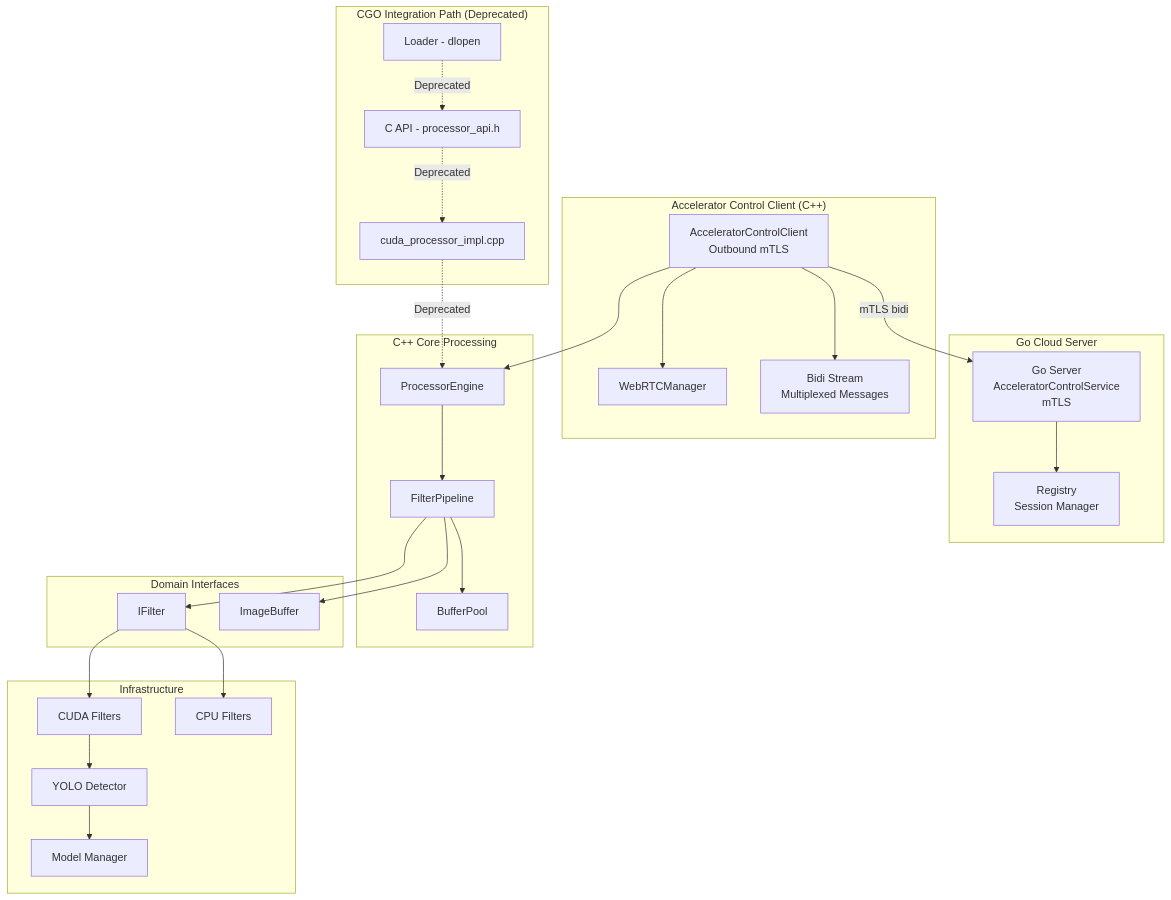
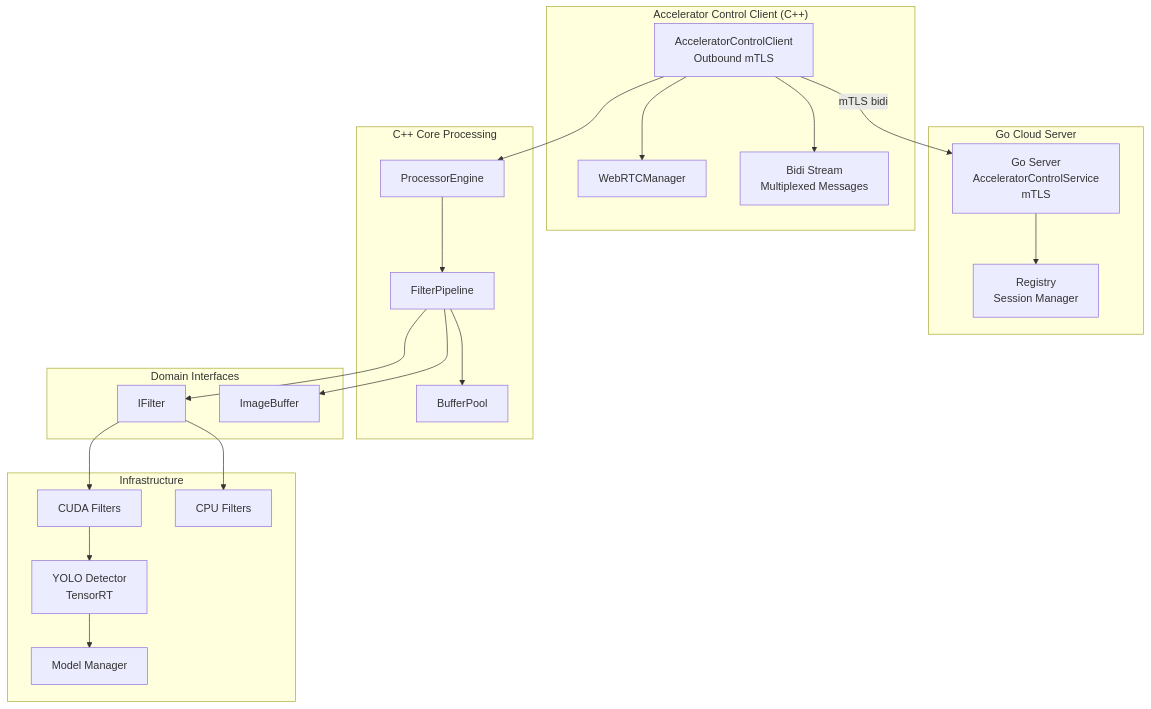
One commit to josnelihurt/learning-cuda changed the first of 4 diagrams in src/cpp_accelerator/README.md. Above: the diagram before and after it, drawn with Mermaid. The commit also changed other lines of this file, not shown here.

````diff
--- a/src/cpp_accelerator/README.md
+++ b/src/cpp_accelerator/README.md
@@ -35,57 +31,47 @@
 ```mermaid
 graph TB
     subgraph "Go Cloud Server"
         GoServer[Go Server<br/>AcceleratorControlService<br/>mTLS]
         Registry[Registry<br/>Session Manager]
     end
-    
-    subgraph "CGO Integration Path (Deprecated)"
-        Loader[Loader - dlopen]
-        CAPI[C API - processor_api.h]
-        SharedLibImpl[cuda_processor_impl.cpp]
-    end
-    
+
     subgraph "Accelerator Control Client (C++)"
         AccelClient[AcceleratorControlClient<br/>Outbound mTLS]
         WebRTCMgr[WebRTCManager]
         BidiStream[Bidi Stream<br/>Multiplexed Messages]
     end
-    
+
     subgraph "C++ Core Processing"
         ProcessorEngine[ProcessorEngine]
         FilterPipeline[FilterPipeline]
         BufferPool[BufferPool]
     end
-    
+
     subgraph "Domain Interfaces"
         IFilter[IFilter]
         ImageBuffer[ImageBuffer]
     end
-    
+
     subgraph "Infrastructure"
         CudaFilters[CUDA Filters]
         CpuFilters[CPU Filters]
-        YOLODetector[YOLO Detector]
+        YOLODetector[YOLO Detector<br/>TensorRT]
         ModelManager[Model Manager]
     end
-    
+
     GoServer --> Registry
-    
+
     AccelClient -->|mTLS bidi| GoServer
     AccelClient --> BidiStream
     AccelClient --> WebRTCMgr
     AccelClient --> ProcessorEngine
-    
-    Loader -.->|Deprecated| CAPI
-    CAPI -.->|Deprecated| SharedLibImpl
-    SharedLibImpl -.->|Deprecated| ProcessorEngine
-    
+
     ProcessorEngine --> FilterPipeline
     FilterPipeline --> BufferPool
     FilterPipeline --> IFilter
     IFilter --> CudaFilters
     IFilter --> CpuFilters
     CudaFilters --> YOLODetector
     YOLODetector --> ModelManager
     FilterPipeline --> ImageBuffer
 ```
````
